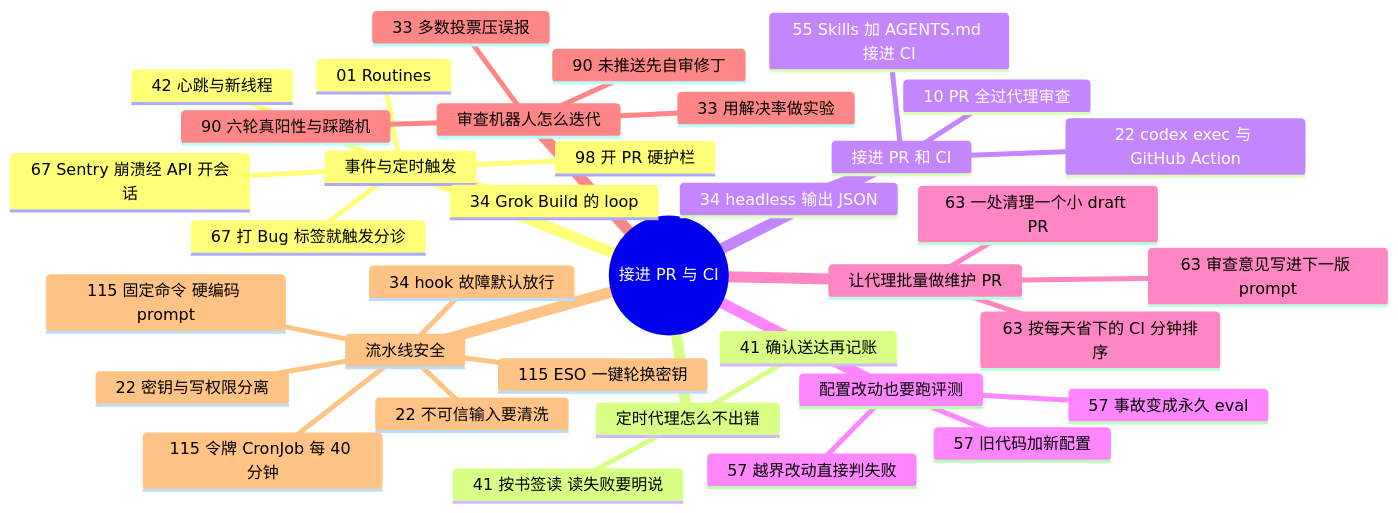
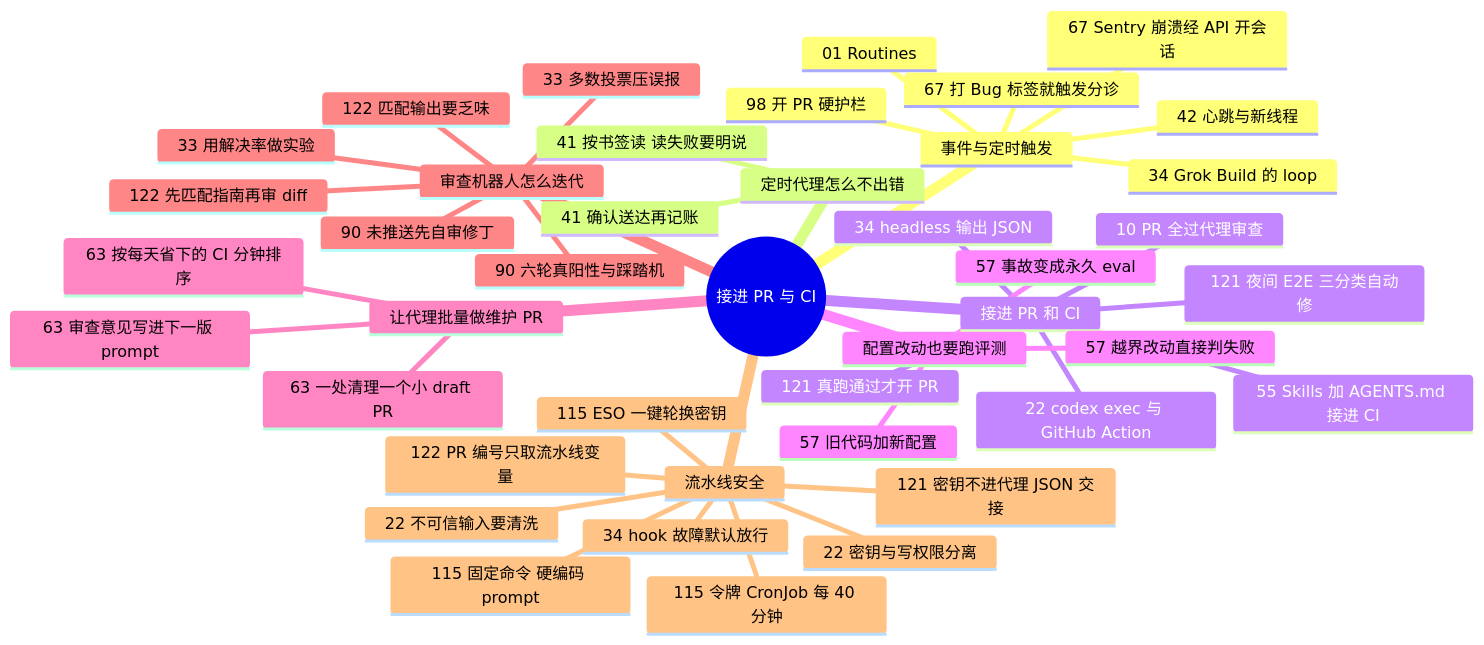
One commit to yzw7489757/ai-coding-videos changed the diagram in docs/guide/ci.md. Above: the diagram before and after it, drawn with Mermaid. The commit also changed other lines of this file and 20 other files, not shown here.

````diff
--- a/docs/guide/ci.md
+++ b/docs/guide/ci.md
@@ -13,39 +13,45 @@
 ```mermaid
 mindmap
   root((接进 PR 与 CI))
     事件与定时触发
       98 开 PR 硬护栏
       01 Routines
       34 Grok Build 的 loop
       42 心跳与新线程
       67 打 Bug 标签就触发分诊
       67 Sentry 崩溃经 API 开会话
     定时代理怎么不出错
       41 按书签读 读失败要明说
       41 确认送达再记账
     接进 PR 和 CI
       10 PR 全过代理审查
       22 codex exec 与 GitHub Action
       55 Skills 加 AGENTS.md 接进 CI
       34 headless 输出 JSON
+      121 夜间 E2E 三分类自动修
+      121 真跑通过才开 PR
     配置改动也要跑评测
       57 旧代码加新配置
       57 越界改动直接判失败
       57 事故变成永久 eval
     让代理批量做维护 PR
       63 一处清理一个小 draft PR
       63 审查意见写进下一版 prompt
       63 按每天省下的 CI 分钟排序
     审查机器人怎么迭代
       33 多数投票压误报
       33 用解决率做实验
       90 六轮真阳性与踩踏机
       90 未推送先自审修丁
+      122 先匹配指南再审 diff
+      122 匹配输出要乏味
     流水线安全
       115 令牌 CronJob 每 40 分钟
       115 ESO 一键轮换密钥
       115 固定命令 硬编码 prompt
       22 密钥与写权限分离
       34 hook 故障默认放行
       22 不可信输入要清洗
+      121 密钥不进代理 JSON 交接
+      122 PR 编号只取流水线变量
 ```
````
